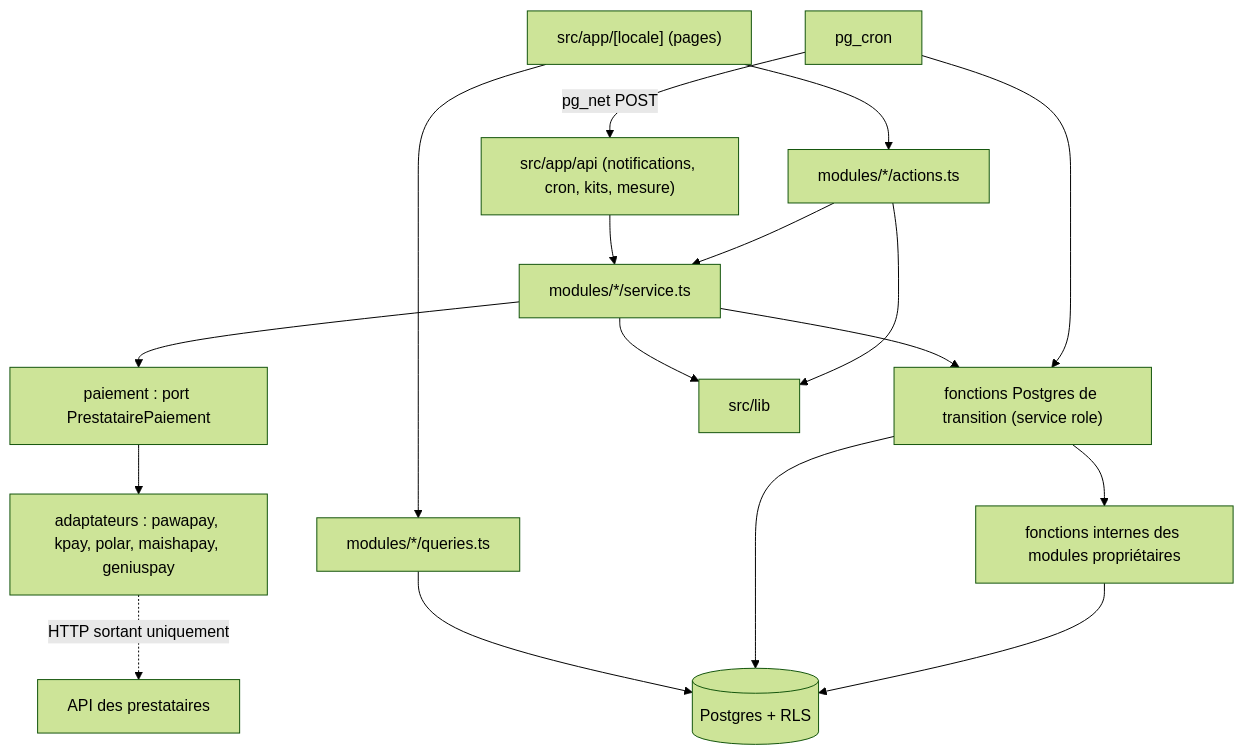
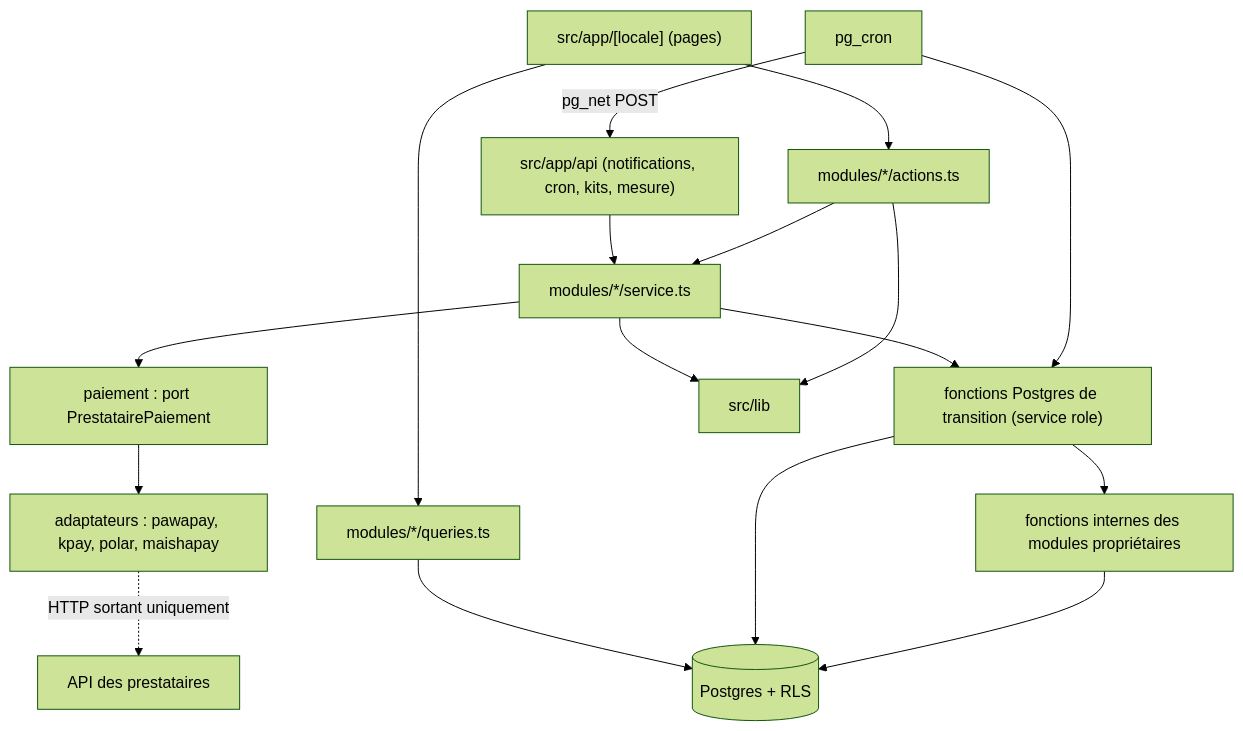
The first of 5 diagrams in _bmad-output/planning-artifacts/architecture/architecture-KOMA SHOP-2026-10-17/ARCHITECTURE-SPINE.md (jokad312/koma), drawn with Mermaid (forest theme) before and after one commit. The commit also changed other lines of this file and 8 other files, not shown here.

````diff
--- a/_bmad-output/planning-artifacts/architecture/architecture-KOMA SHOP-2026-10-17/ARCHITECTURE-SPINE.md
+++ b/_bmad-output/planning-artifacts/architecture/architecture-KOMA SHOP-2026-10-17/ARCHITECTURE-SPINE.md
@@ -39,19 +39,19 @@
 ```mermaid
 flowchart TD
   UI["src/app/[locale] (pages)"] --> ACT["modules/*/actions.ts"]
   UI --> QRY["modules/*/queries.ts"]
   API["src/app/api (notifications, cron, kits, mesure)"] --> SVC["modules/*/service.ts"]
   ACT --> SVC
   SVC --> PORT["paiement : port PrestatairePaiement"]
-  PORT --> ADP["adaptateurs : pawapay, kpay, polar, maishapay, geniuspay"]
+  PORT --> ADP["adaptateurs : pawapay, kpay, polar, maishapay"]
   SVC --> RPC["fonctions Postgres de transition (service role)"]
   RPC --> INT["fonctions internes des modules propriétaires"]
   QRY --> DB[("Postgres + RLS")]
   RPC --> DB
   INT --> DB
   SVC --> LIB["src/lib"]
   ACT --> LIB
   ADP -. "HTTP sortant uniquement" .-> EXT["API des prestataires"]
   CRON["pg_cron"] --> RPC
   CRON -- "pg_net POST" --> API
 ```
````
